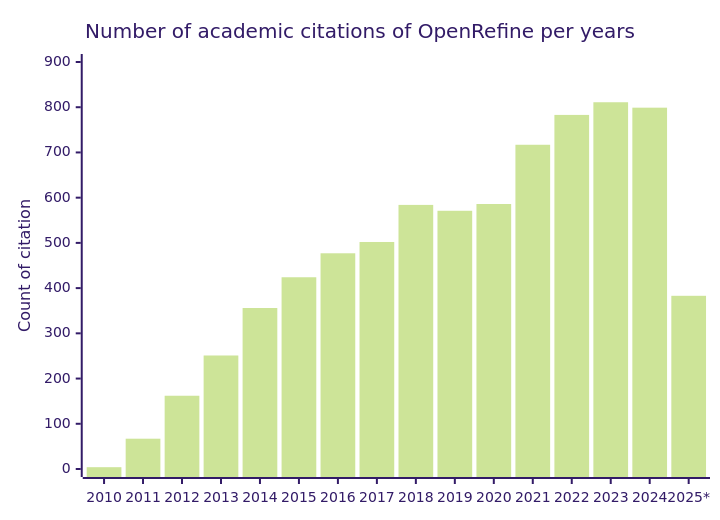
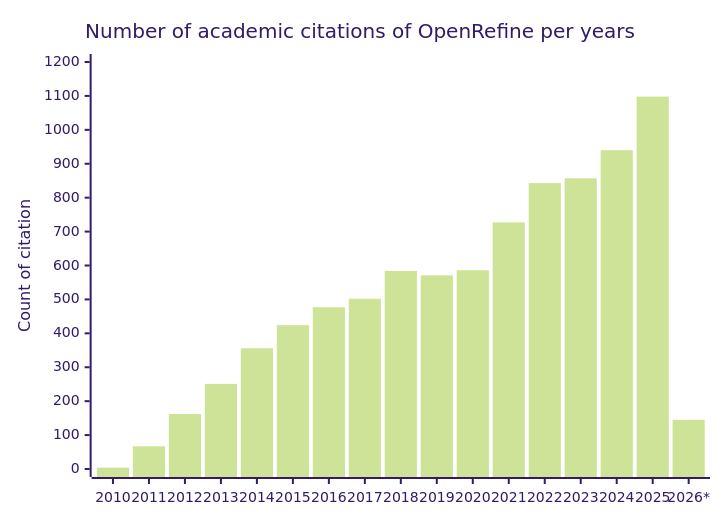
One commit to OpenRefine/openrefine.org changed the second of 3 diagrams in src/pages/usage.md. Above: the diagram before and after it, drawn with Mermaid. The commit also changed other lines of this file, not shown here.

````diff
--- a/src/pages/usage.md
+++ b/src/pages/usage.md
@@ -42,8 +42,8 @@
-```mermaid 
+```mermaid
 %%{init: {'theme':'forest'}}%%
 xychart-beta
     title "Number of academic citations of OpenRefine per years"
-    x-axis [2010, 2011, 2012, 2013, 2014, 2015, 2016, 2017, 2018, 2019, 2020, 2021, 2022, 2023, 2024, 2025*]
-    y-axis "Count of citation" 0 --> 900
-    bar [4, 67, 162, 251, 356, 424, 477, 502, 584, 571, 586, 717, 783, 811, 799, 383]
+    x-axis [2010, 2011, 2012, 2013, 2014, 2015, 2016, 2017, 2018, 2019, 2020, 2021, 2022, 2023, 2024, 2025, 2026*]
+    y-axis "Count of citation" 0 --> 1200
+    bar [4, 67, 162, 251, 356, 424, 477, 502, 584, 571, 586, 727, 843, 857, 940, 1098, 145]
 ```
````
